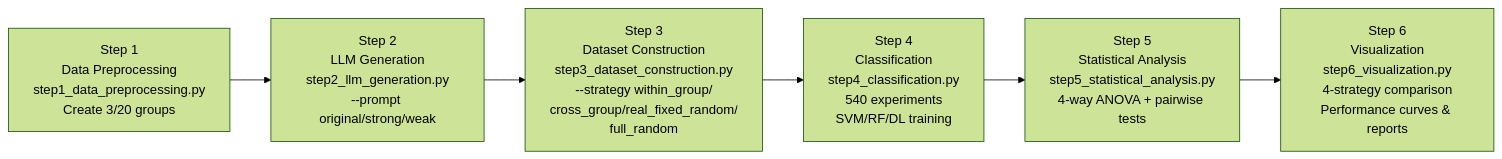
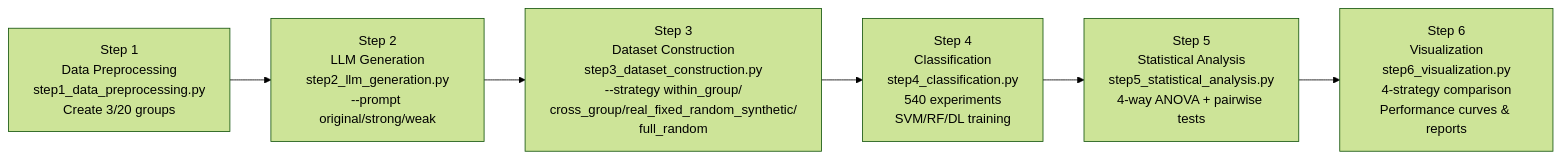
Before and after one commit to knowledgeivy/cyberdatagen: the second of 2 diagrams in paper/experiment_flowchart.md, drawn with Mermaid (forest theme). The commit also changed 6 other files, not shown here.

````diff
--- a/paper/experiment_flowchart.md
+++ b/paper/experiment_flowchart.md
@@ -42,12 +42,12 @@
 ```mermaid
 flowchart LR
     A[Step 1<br/>Data Preprocessing<br/>step1_data_preprocessing.py<br/>Create 3/20 groups] --> B[Step 2<br/>LLM Generation<br/>step2_llm_generation.py<br/>--prompt original/strong/weak]
 
-    B --> C[Step 3<br/>Dataset Construction<br/>step3_dataset_construction.py<br/>--strategy within_group/<br/>cross_group/real_fixed_random/<br/>full_random]
+    B --> C[Step 3<br/>Dataset Construction<br/>step3_dataset_construction.py<br/>--strategy within_group/<br/>cross_group/real_fixed_random_synthetic/<br/>full_random]
 
     C --> D[Step 4<br/>Classification<br/>step4_classification.py<br/>540 experiments<br/>SVM/RF/DL training]
 
     D --> E[Step 5<br/>Statistical Analysis<br/>step5_statistical_analysis.py<br/>4-way ANOVA + pairwise tests]
 
     E --> F[Step 6<br/>Visualization<br/>step6_visualization.py<br/>4-strategy comparison<br/>Performance curves & reports]
 ```
````
